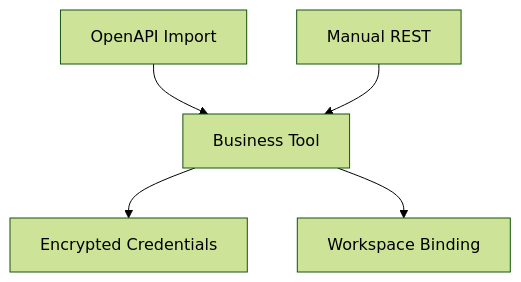
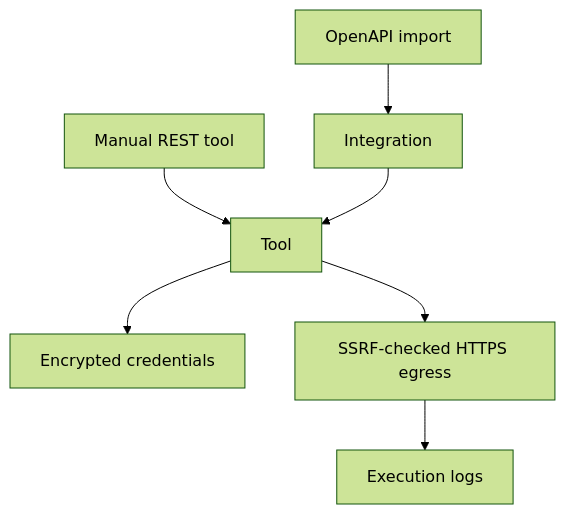
Before and after one commit to qefro-ai/qefro-documentation: the diagram in docs/platform/business-tools.mdx, drawn with Mermaid (forest theme). The commit also changed other lines of this file and 46 other files, not shown here.

````diff
--- a/docs/platform/business-tools.mdx
+++ b/docs/platform/business-tools.mdx
@@ -37,7 +58,9 @@
 ```mermaid
 flowchart TB
-  OpenAPI[OpenAPI Import] --> Tool[Business Tool]
-  REST[Manual REST] --> Tool
-  Tool --> Secret[Encrypted Credentials]
-  Tool --> WS[Workspace Binding]
+  OpenAPI[OpenAPI import] --> Integration
+  REST[Manual REST tool] --> Tool
+  Integration --> Tool
+  Tool --> Secrets[Encrypted credentials]
+  Tool --> Exec[SSRF-checked HTTPS egress]
+  Exec --> Logs[Execution logs]
 ```
````
